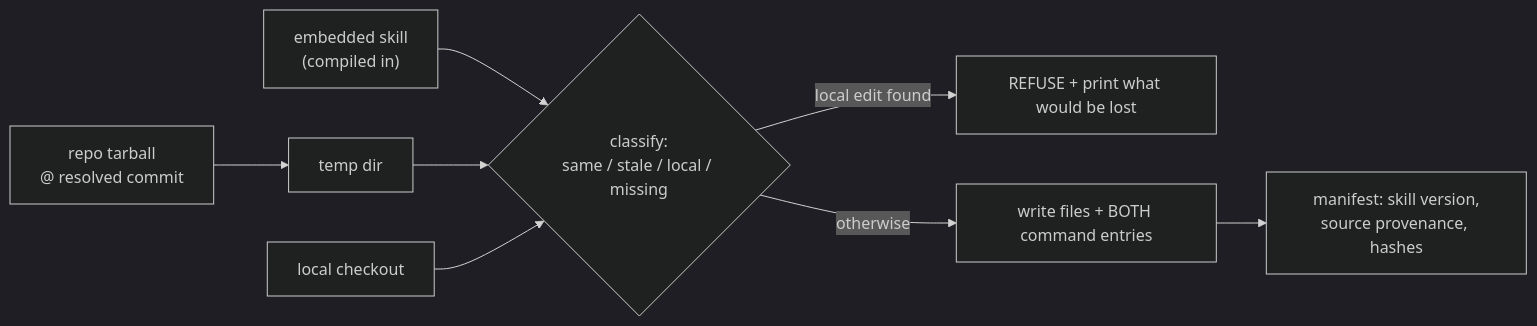
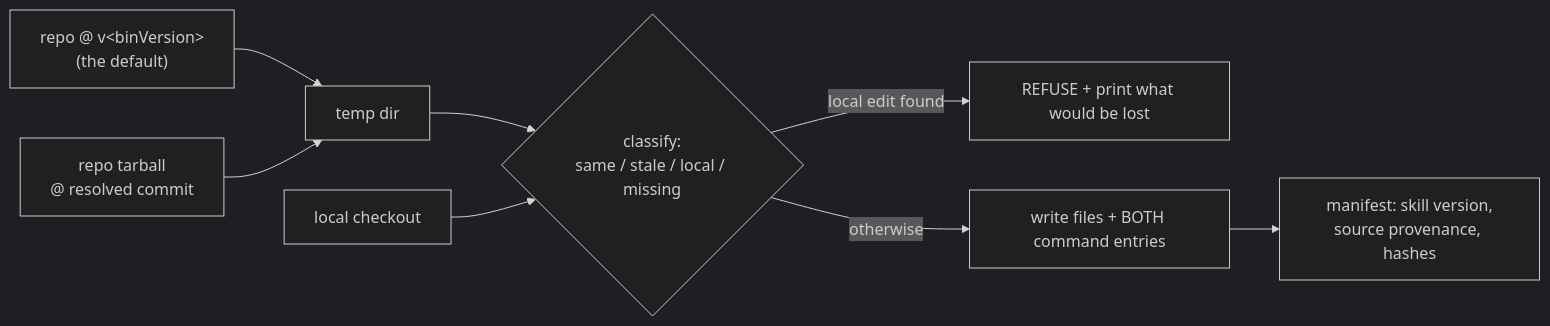
The second of 2 diagrams in docs/architecture/dataflow.md (robot-accomplice/slop-ferret), drawn with Mermaid (dark theme) before and after one commit. The commit also changed 4 other files, not shown here.

````diff
--- a/docs/architecture/dataflow.md
+++ b/docs/architecture/dataflow.md
@@ -67,11 +67,11 @@
 ```mermaid
 graph LR
-    embed["embedded skill<br/>(compiled in)"] --> classify
+    repoat["repo @ v&lt;binVersion&gt;<br/>(the default)"] --> stage
     tarball["repo tarball<br/>@ resolved commit"] --> stage["temp dir"] --> classify
     dir["local checkout"] --> classify
 
     classify{"classify:<br/>same / stale / local / missing"}
     classify -->|"local edit found"| refuse["REFUSE + print what would be lost"]
     classify -->|"otherwise"| write["write files + BOTH command entries"]
     write --> manifest["manifest: skill version,<br/>source provenance, hashes"]
 ```
````
